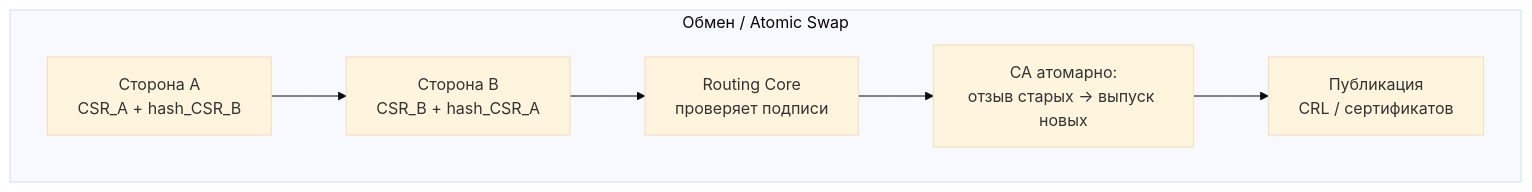
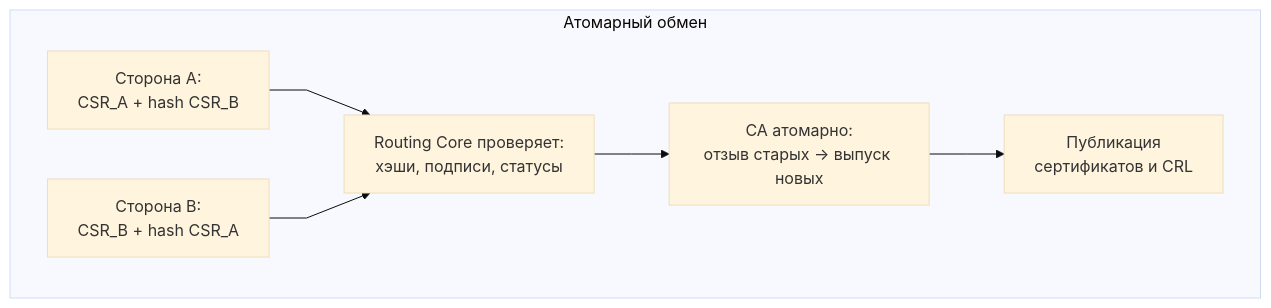
The fifth of 5 diagrams in wiki/TRS_14.md (alexandrzasypkin/TRS), drawn with Mermaid before and after one commit. The commit also changed other lines of this file and 2 other files, not shown here.

````diff
--- a/wiki/TRS_14.md
+++ b/wiki/TRS_14.md
@@ -124,10 +492,15 @@
 ```mermaid
 %%{init: {'flowchart': { 'layout': 'elk', 'curve': 'linear' }, 'theme': 'base' } }%%
 flowchart TB
-  subgraph SWAP[Обмен / Atomic Swap]
-    U1[Сторона A<br/>CSR_A + hash_CSR_B] --> U2[Сторона B<br/>CSR_B + hash_CSR_A]
-    U2 --> RC2[Routing Core<br/>проверяет подписи]
-    RC2 --> CA2[CA атомарно:<br/>отзыв старых → выпуск новых]
-    CA2 --> PR2[Публикация<br/>CRL / сертификатов]
+  subgraph SWAP[Атомарный обмен]
+    U1[Сторона A:<br/>CSR_A + hash CSR_B]
+    U2[Сторона B:<br/>CSR_B + hash CSR_A]
+    RC2[Routing Core проверяет:<br/>хэши, подписи, статусы]
+    CA2[CA атомарно:<br/>отзыв старых → выпуск новых]
+    PR2[Публикация<br/>сертификатов и CRL]
+    
+    U1 --> RC2
+    U2 --> RC2
+    RC2 --> CA2 --> PR2
   end
 ```
````
